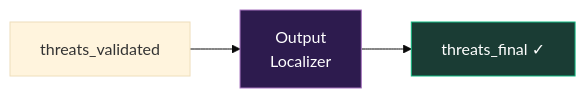
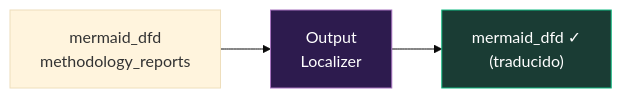
The seventh of 10 diagrams in docs/10_flujo_de_datos.md (philocyber/agent-threat-modeler), drawn with Mermaid (base theme) before and after one commit. The commit also changed other lines of this file and 56 other files, not shown here.

````diff
--- a/docs/10_flujo_de_datos.md
+++ b/docs/10_flujo_de_datos.md
@@ -182,8 +184,8 @@
 ```mermaid
 flowchart LR
-    VALIDATED["threats_validated"] --> LOC["Output<br/>Localizer"]
-    LOC --> FINAL["threats_final ✓"]
+    VALIDATED["mermaid_dfd<br/>methodology_reports"] --> LOC["Output<br/>Localizer"]
+    LOC --> FINAL["mermaid_dfd ✓<br/>(traducido)"]
 
     style LOC fill:#2d1b4e,stroke:#a773bf,color:#fff
     style FINAL fill:#1a3c34,stroke:#10b981,color:#fff
 ```
````
